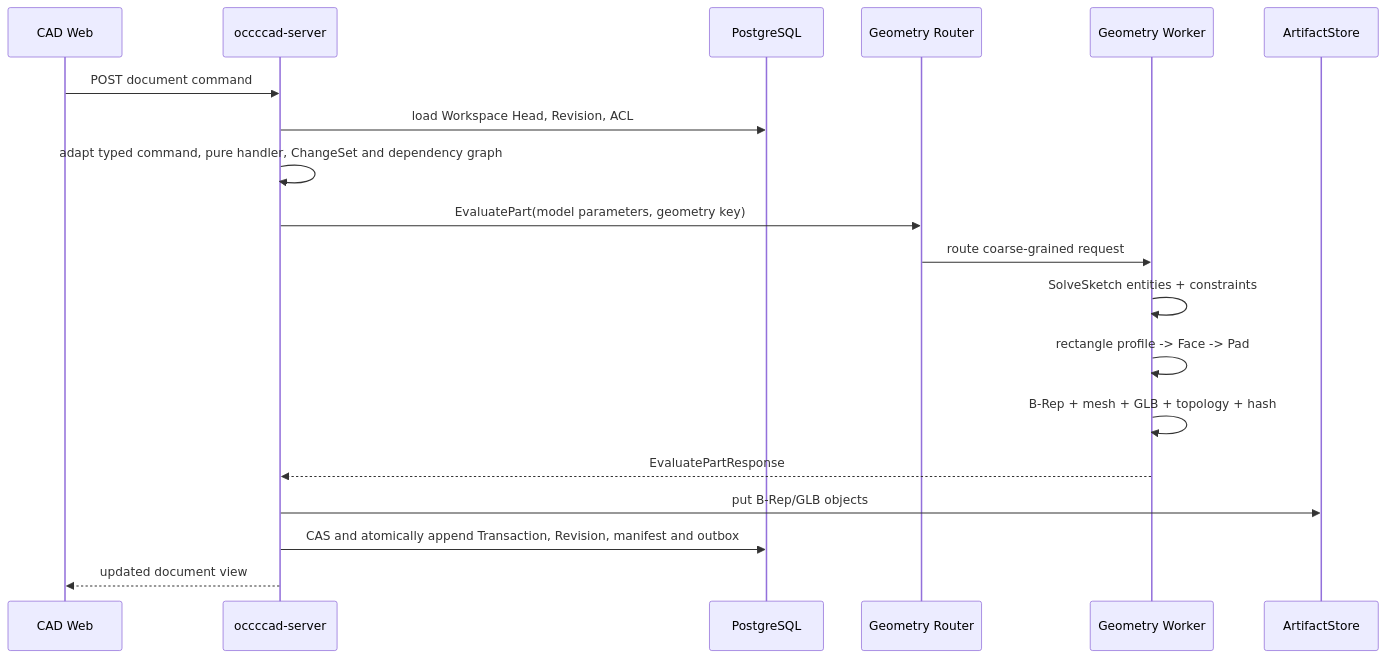
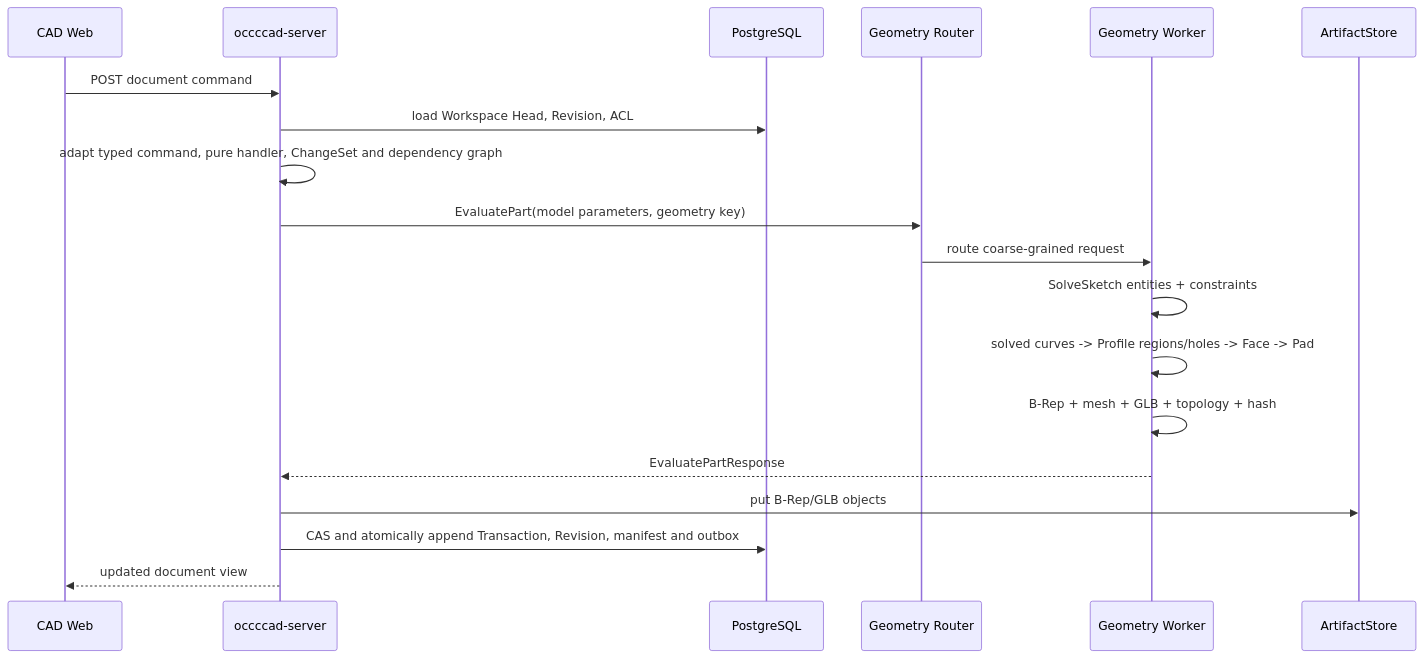
The fourth of 6 diagrams in docs/CURRENT_ARCHITECTURE.md (cossoledad/occccad), drawn with Mermaid before and after one commit. The commit also changed other lines of this file and 48 other files, not shown here.

````diff
--- a/docs/CURRENT_ARCHITECTURE.md
+++ b/docs/CURRENT_ARCHITECTURE.md
@@ -164,22 +166,22 @@
 ```mermaid
 sequenceDiagram
     participant W as CAD Web
     participant A as occccad-server
     participant P as PostgreSQL
     participant R as Geometry Router
     participant G as Geometry Worker
     participant F as ArtifactStore
 
     W->>A: POST document command
     A->>P: load Workspace Head, Revision, ACL
     A->>A: adapt typed command, pure handler, ChangeSet and dependency graph
     A->>R: EvaluatePart(model parameters, geometry key)
     R->>G: route coarse-grained request
     G->>G: SolveSketch entities + constraints
-    G->>G: rectangle profile -> Face -> Pad
+    G->>G: solved curves -> Profile regions/holes -> Face -> Pad
     G->>G: B-Rep + mesh + GLB + topology + hash
     G-->>A: EvaluatePartResponse
     A->>F: put B-Rep/GLB objects
     A->>P: CAS and atomically append Transaction, Revision, manifest and outbox
     A-->>W: updated document view
 ```
````
